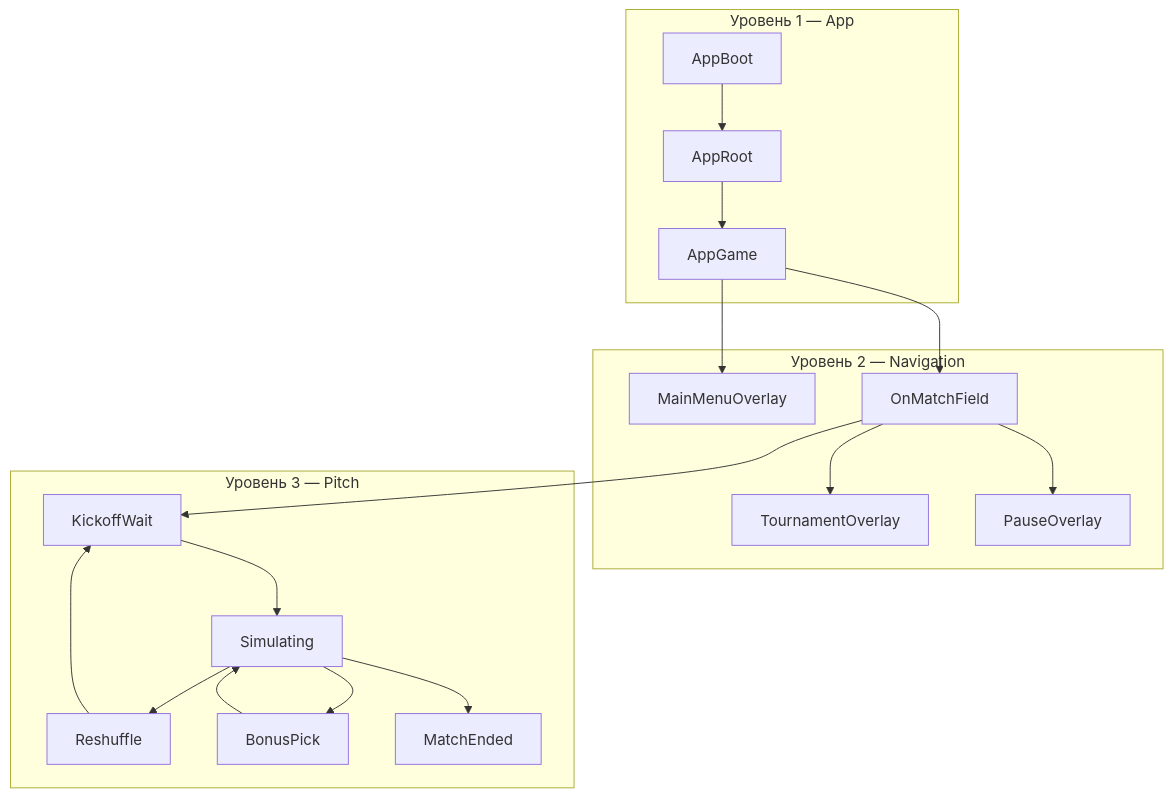
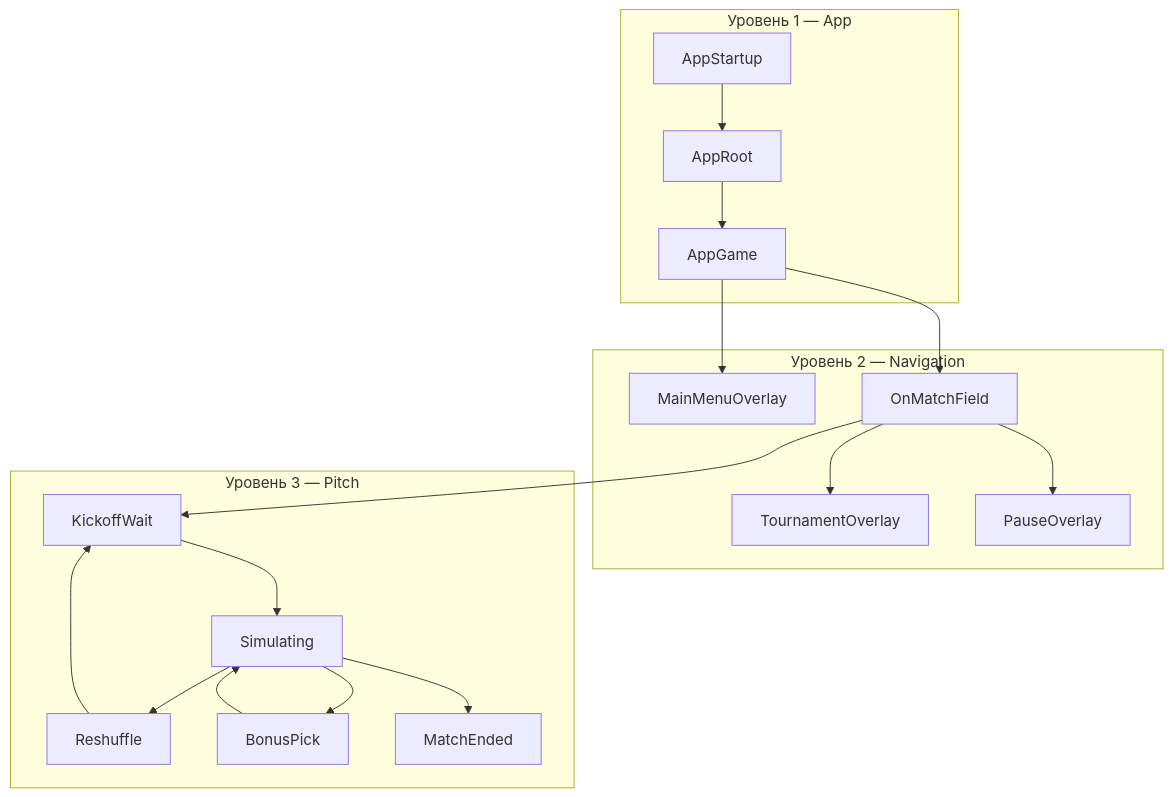
One commit to DeployChef/Futboloid changed the first of 3 diagrams in Wiki/FutboloidWiki/Архитектура/Машины состояний.md. Above: the diagram before and after it, drawn with Mermaid. The commit also changed other lines of this file and 102 other files, not shown here.

````diff
--- a/Wiki/FutboloidWiki/Архитектура/Машины состояний.md
+++ b/Wiki/FutboloidWiki/Архитектура/Машины состояний.md
@@ -21,36 +21,36 @@
 ```mermaid
 flowchart TB
     subgraph L1 [Уровень 1 — App]
-        Boot[AppBoot]
+        Startup[AppStartup]
         Root[AppRoot]
         Game[AppGame]
     end
 
     subgraph L2 [Уровень 2 — Navigation]
         Menu[MainMenuOverlay]
         Field[OnMatchField]
         Tourn[TournamentOverlay]
         Pause[PauseOverlay]
     end
 
     subgraph L3 [Уровень 3 — Pitch]
         Kick[KickoffWait]
         Play[Simulating]
         Resh[Reshuffle]
         Bonus[BonusPick]
         End[MatchEnded]
     end
 
-    Boot --> Root --> Game
+    Startup --> Root --> Game
     Game --> Menu
     Game --> Field
     Field --> Tourn
     Field --> Pause
     Field --> Kick
     Kick --> Play
     Play --> Resh
     Play --> Bonus
     Play --> End
     Resh --> Kick
     Bonus --> Play
 ```
````
